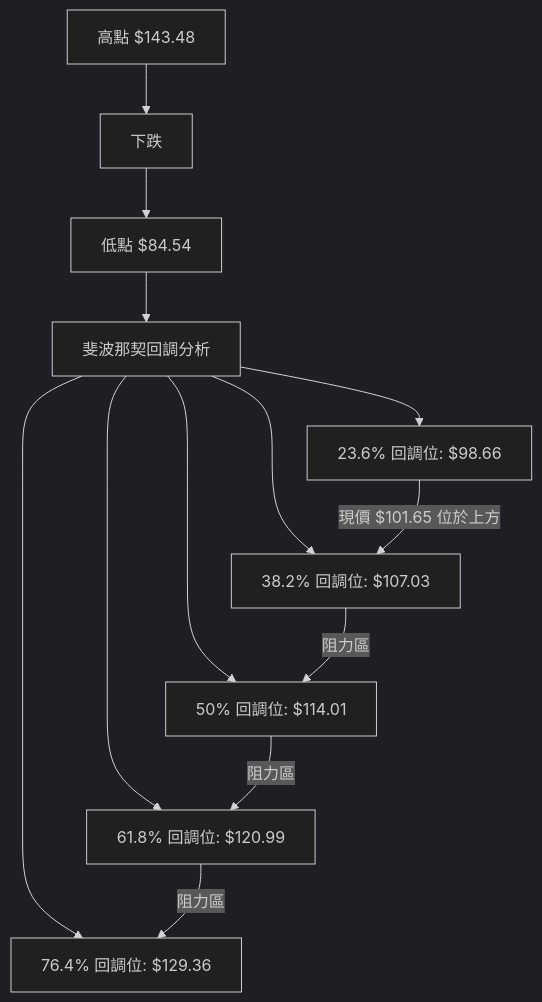
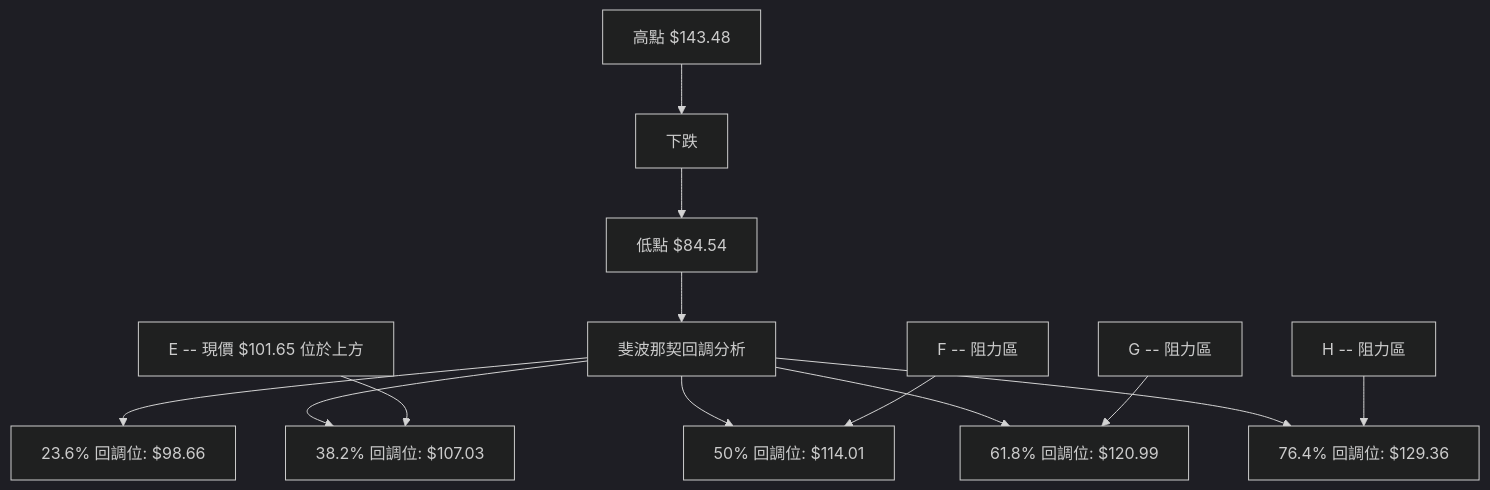
One commit to yennanliu/finance_data changed the sixth of 13 diagrams in ai_gen_report/stock/rklb/technical_analysis_2026-07-01_gemini.md. Above: the diagram before and after it, drawn with Mermaid (dark theme). The commit also changed other lines of this file and 2258 other files, not shown here.

First line of the commit message:
chore: backfill Mermaid syntax repair across existing reports

````diff
--- a/ai_gen_report/stock/rklb/technical_analysis_2026-07-01_gemini.md
+++ b/ai_gen_report/stock/rklb/technical_analysis_2026-07-01_gemini.md
@@ -403,17 +403,17 @@
 ```mermaid
 graph TD
-    A[高點 $143.48] --> B[下跌]
-    B --> C[低點 $84.54]
+    A["高點 $143.48"] --> B["下跌"]
+    B --> C["低點 $84.54"]
 
-    C --> D[斐波那契回調分析]
-    D --> E[23.6% 回調位: $98.66]
-    D --> F[38.2% 回調位: $107.03]
-    D --> G[50% 回調位: $114.01]
-    D --> H[61.8% 回調位: $120.99]
-    D --> I[76.4% 回調位: $129.36]
+    C --> D["斐波那契回調分析"]
+    D --> E["23.6% 回調位: $98.66"]
+    D --> F["38.2% 回調位: $107.03"]
+    D --> G["50% 回調位: $114.01"]
+    D --> H["61.8% 回調位: $120.99"]
+    D --> I["76.4% 回調位: $129.36"]
 
-    E -- 現價 $101.65 位於上方 --> F
-    F -- 阻力區 --> G
-    G -- 阻力區 --> H
-    H -- 阻力區 --> I
+    nb1["E -- 現價 $101.65 位於上方"] --> F
+    nb2["F -- 阻力區"] --> G
+    nb3["G -- 阻力區"] --> H
+    nb4["H -- 阻力區"] --> I
 ```
````
